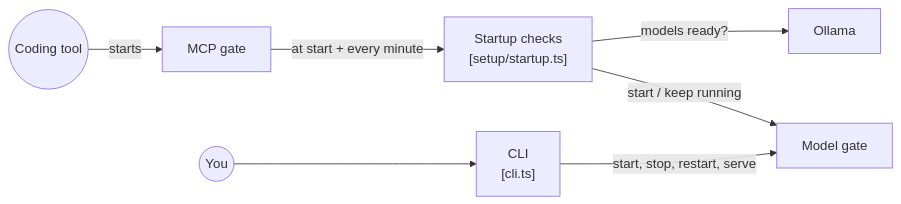
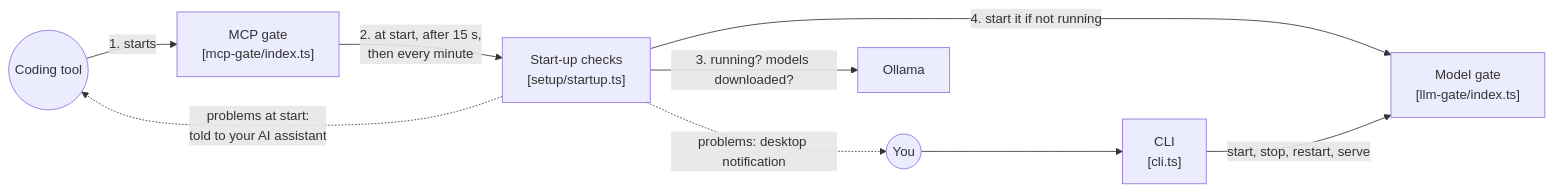
Before and after one commit to zenithfoundry/slm-gate: the fourth of 5 diagrams in README.md, drawn with Mermaid. The commit also changed other lines of this file, not shown here.

Commit message:
feat(docs): update README to clarify MCP and model gate functionalities

````diff
--- a/README.md
+++ b/README.md
@@ -173,17 +189,19 @@
 ```mermaid
 flowchart LR
   tool(("Coding tool"))
   you(("You"))
-  mcp["MCP gate"]
-  checks["Startup checks<br/>[setup/startup.ts]"]
+  mcp["MCP gate<br/>[mcp-gate/index.ts]"]
+  checks["Start-up checks<br/>[setup/startup.ts]"]
   ollama["Ollama"]
-  llm["Model gate"]
+  llm["Model gate<br/>[llm-gate/index.ts]"]
   cli["CLI<br/>[cli.ts]"]
 
-  tool -->|"starts"| mcp
-  mcp -->|"at start + every minute"| checks
-  checks -->|"models ready?"| ollama
-  checks -->|"start / keep running"| llm
+  tool -->|"1. starts"| mcp
+  mcp -->|"2. at start, after 15 s,<br/>then every minute"| checks
+  checks -->|"3. running? models downloaded?"| ollama
+  checks -->|"4. start it if not running"| llm
+  checks -.->|"problems: desktop notification"| you
+  checks -.->|"problems at start:<br/>told to your AI assistant"| tool
   you --> cli
   cli -->|"start, stop, restart, serve"| llm
 ```
````
